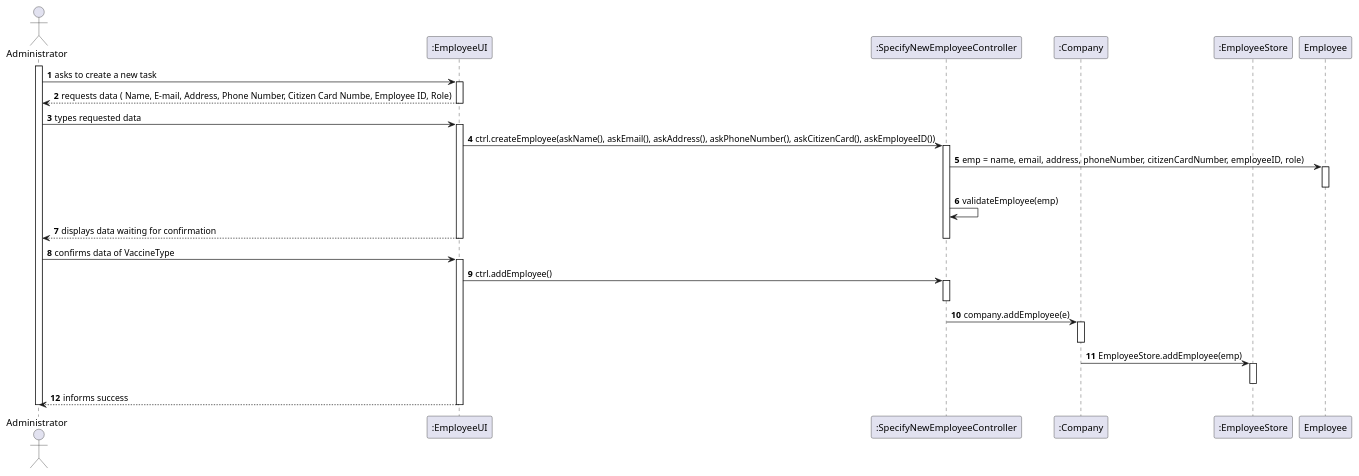
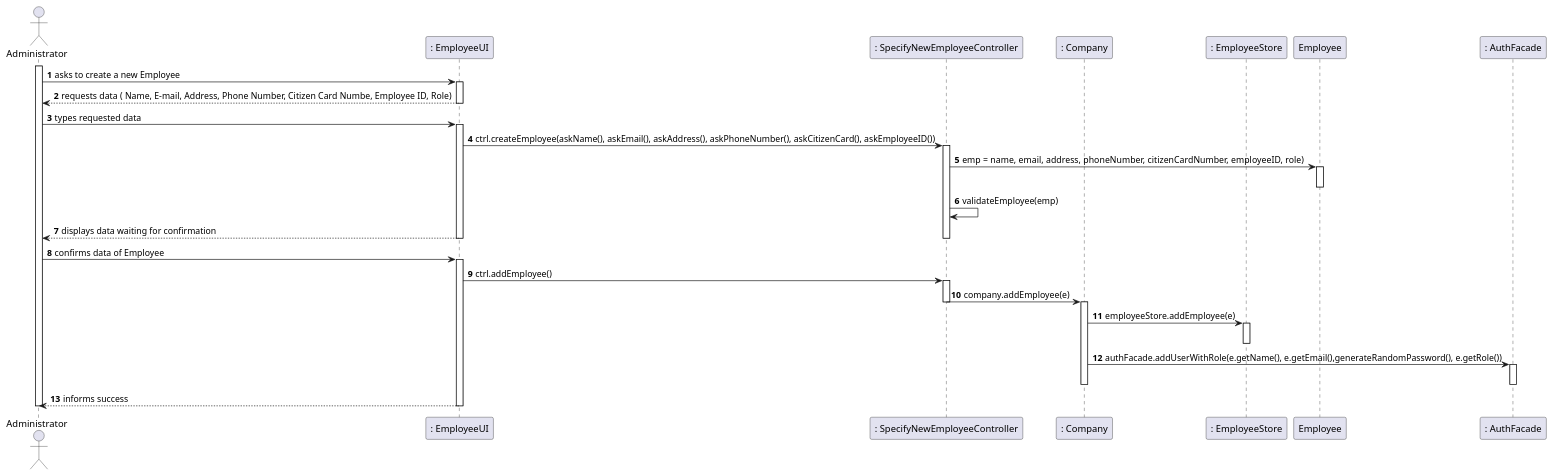
The diagram in docs/SprintB/US/US10/US010_SD.puml (PedroMesquita1211171/VaccinationManager), drawn with PlantUML before and after one commit. The commit also changed 8 other files, not shown here.

```diff
--- a/docs/SprintB/US/US10/US010_SD.puml
+++ b/docs/SprintB/US/US10/US010_SD.puml
@@ -1,59 +1,68 @@
 @startuml
 autonumber
 'hide footbox
 actor "Administrator" as ADM
 
-participant ":EmployeeUI" as UI
-participant ":SpecifyNewEmployeeController" as CTRL
-participant ":Company" as COMP
-participant ":EmployeeStore" as STORE
+participant ": EmployeeUI" as UI
+participant ": SpecifyNewEmployeeController" as CTRL
+participant ": Company" as COMP
+participant ": EmployeeStore" as STORE
 participant "Employee" as EMP
+participant ": AuthFacade" as auth
 
 
 
 activate ADM
-ADM -> UI : asks to create a new task
+ADM -> UI : asks to create a new Employee
 activate UI
 UI --> ADM : requests data ( Name, E-mail, Address, Phone Number, Citizen Card Numbe, Employee ID, Role)
 deactivate UI
 
 ADM -> UI : types requested data
 activate UI
 
 UI -> CTRL : ctrl.createEmployee(askName(), askEmail(), askAddress(), askPhoneNumber(), askCitizenCard(), askEmployeeID())
 
 activate CTRL
 CTRL -> EMP : emp = name, email, address, phoneNumber, citizenCardNumber, employeeID, role)
 activate EMP
 deactivate EMP
 
 CTRL -> CTRL : validateEmployee(emp)
 
 
 
 
 UI --> ADM : displays data waiting for confirmation
 deactivate CTRL
 deactivate UI
 
-ADM -> UI : confirms data of VaccineType
+ADM -> UI : confirms data of Employee
 activate UI
+
 
 UI -> CTRL : ctrl.addEmployee()
 activate CTRL
-deactivate CTRL
+
 
 CTRL -> COMP : company.addEmployee(e)
+deactivate CTRL
 activate COMP
+
+
+
+COMP -> STORE : employeeStore.addEmployee(e)
+activate STORE
+deactivate STORE
+
+COMP -> auth  : authFacade.addUserWithRole(e.getName(), e.getEmail(),generateRandomPassword(), e.getRole())
+activate auth
+deactivate auth
 deactivate COMP
 
-
-COMP -> STORE : EmployeeStore.addEmployee(emp)
-activate STORE
-deactivate STORE
 
 UI --> ADM : informs success
 deactivate UI
 deactivate ADM
 
 @enduml
```
